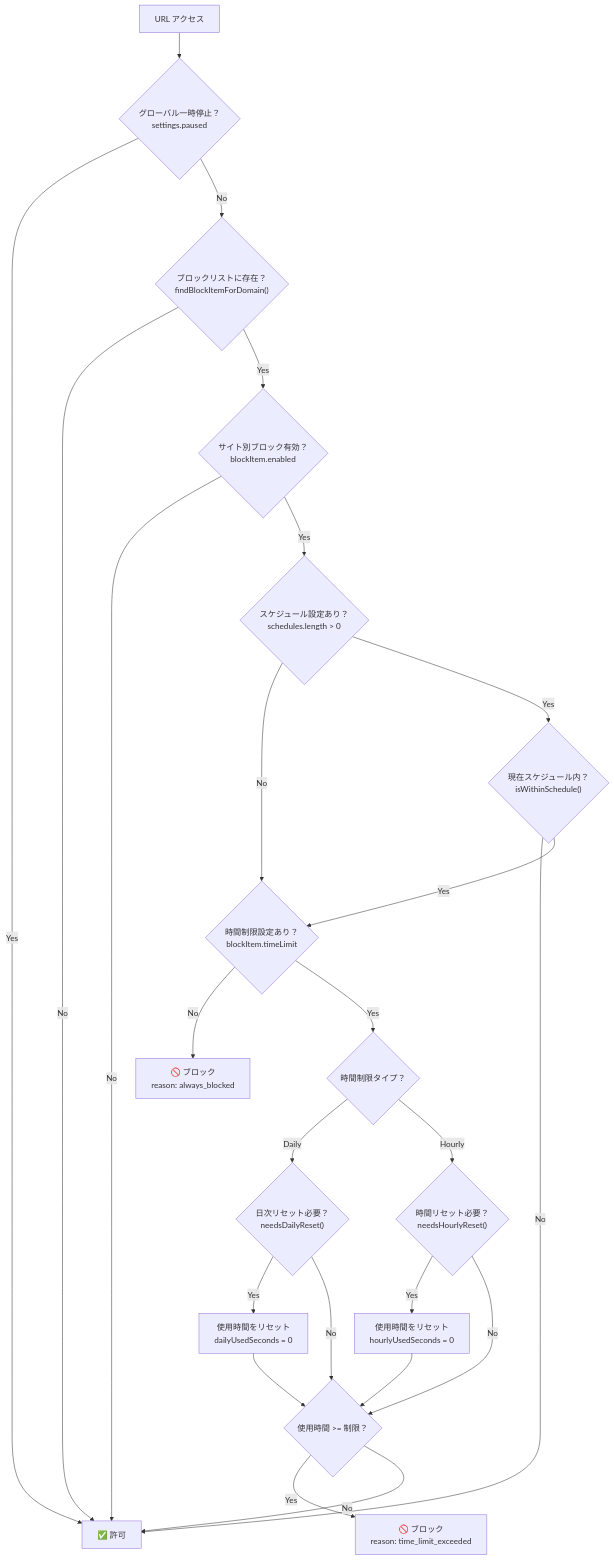
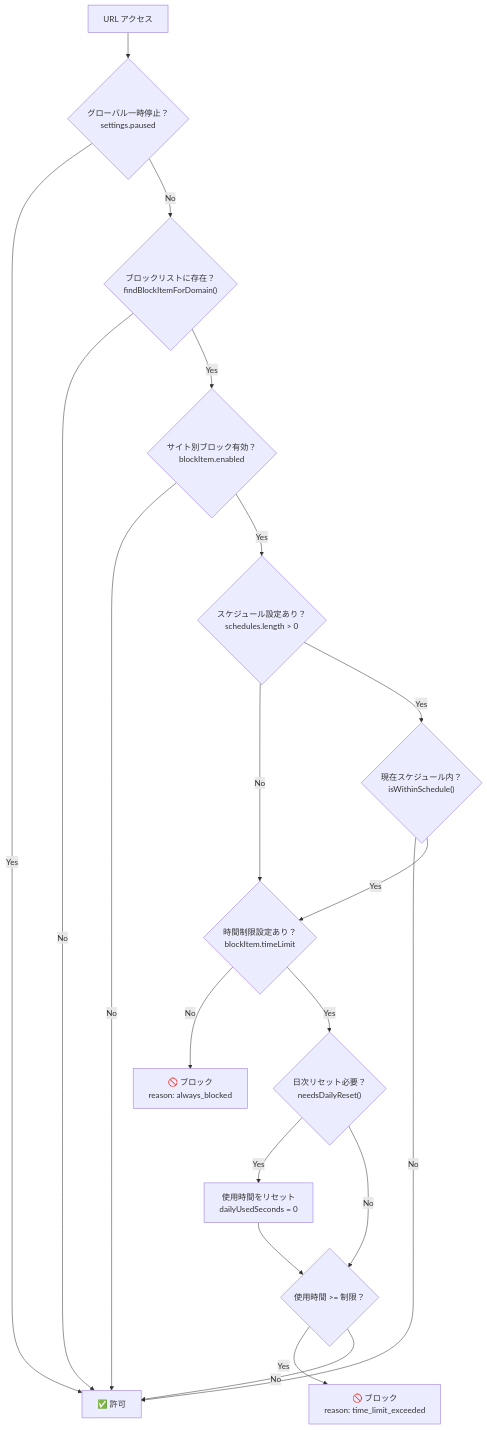
One commit to machina-gg/vision-focus changed the first of 3 diagrams in docs/BLOCK_STATE_MACHINE.md. Above: the diagram before and after it, drawn with Mermaid. The commit also changed other lines of this file and 34 other files, not shown here.

````diff
--- a/docs/BLOCK_STATE_MACHINE.md
+++ b/docs/BLOCK_STATE_MACHINE.md
@@ -11,37 +11,30 @@
 ```mermaid
 flowchart TD
     Start["URL アクセス"] --> A{"グローバル一時停止？<br/>settings.paused"}
 
     A -->|Yes| Unblocked["✅ 許可"]
     A -->|No| B{"ブロックリストに存在？<br/>findBlockItemForDomain()"}
 
     B -->|No| Unblocked
     B -->|Yes| C{"サイト別ブロック有効？<br/>blockItem.enabled"}
 
     C -->|No| Unblocked
     C -->|Yes| D{"スケジュール設定あり？<br/>schedules.length > 0"}
 
     D -->|No| E{"時間制限設定あり？<br/>blockItem.timeLimit"}
     D -->|Yes| F{"現在スケジュール内？<br/>isWithinSchedule()"}
 
     F -->|No| Unblocked
     F -->|Yes| E
 
     E -->|No| Blocked["🚫 ブロック<br/>reason: always_blocked"]
-    E -->|Yes| G{"時間制限タイプ？"}
-
-    G -->|Daily| H{"日次リセット必要？<br/>needsDailyReset()"}
-    G -->|Hourly| I{"時間リセット必要？<br/>needsHourlyReset()"}
+    E -->|Yes| H{"日次リセット必要？<br/>needsDailyReset()"}
 
     H -->|Yes| J["使用時間をリセット<br/>dailyUsedSeconds = 0"]
     H -->|No| K{"使用時間 >= 制限？"}
 
-    I -->|Yes| L["使用時間をリセット<br/>hourlyUsedSeconds = 0"]
-    I -->|No| K
-
     J --> K
-    L --> K
 
     K -->|Yes| TimeLimitExceeded["🚫 ブロック<br/>reason: time_limit_exceeded"]
     K -->|No| Unblocked
 ```
````
